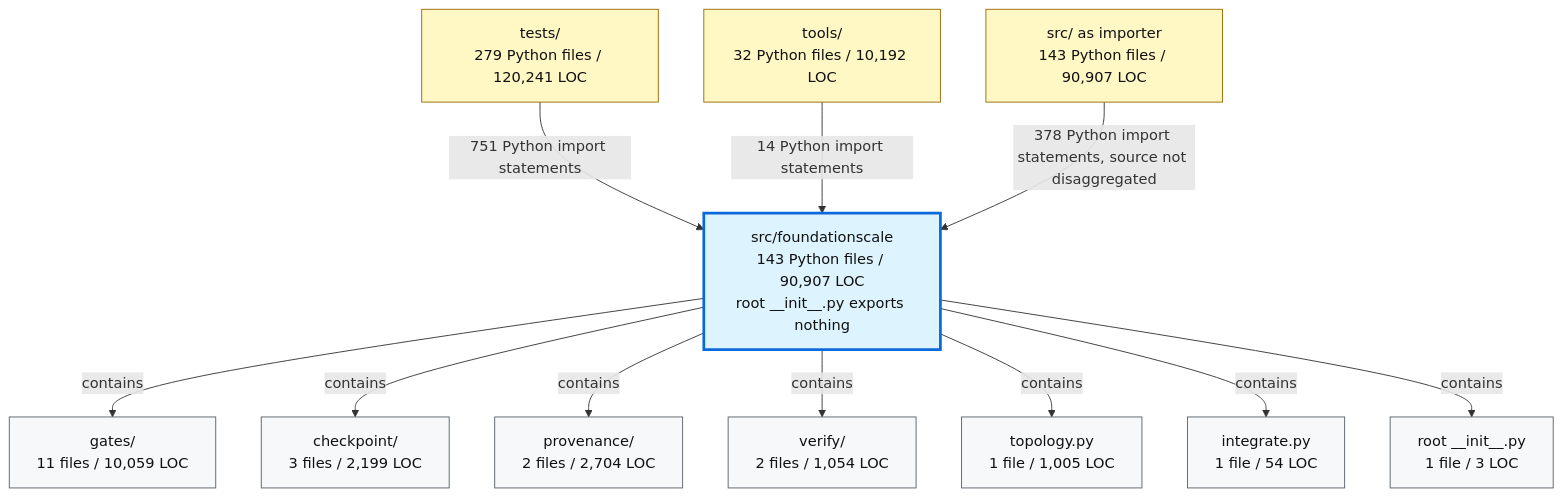
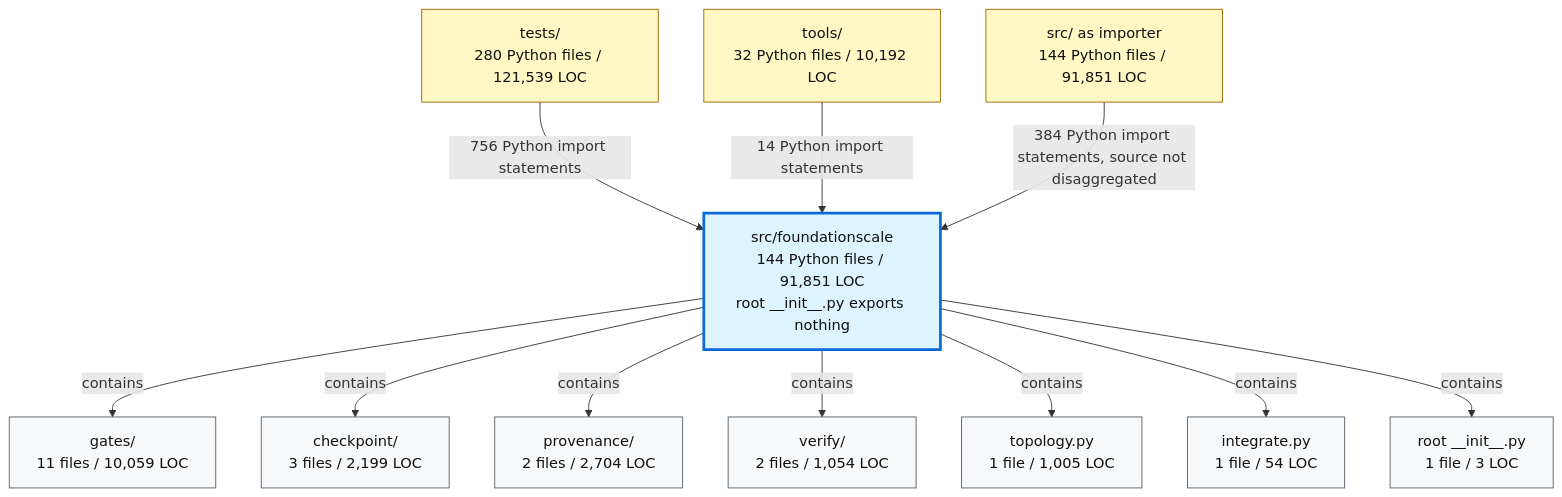
The second of 2 diagrams in docs/review/D2_current_architecture.md (TranNhiem/FoundationScale), drawn with Mermaid before and after one commit. The commit also changed other lines of this file and 13 other files, not shown here.

````diff
--- a/docs/review/D2_current_architecture.md
+++ b/docs/review/D2_current_architecture.md
@@ -97,36 +97,36 @@
 ```mermaid
 flowchart TB
-  TESTS["tests/<br/>279 Python files / 120,241 LOC"]
+  TESTS["tests/<br/>280 Python files / 121,539 LOC"]
   TOOLS["tools/<br/>32 Python files / 10,192 LOC"]
-  SRC["src/ as importer<br/>143 Python files / 90,907 LOC"]
+  SRC["src/ as importer<br/>144 Python files / 91,851 LOC"]
 
-  FS["src/foundationscale<br/>143 Python files / 90,907 LOC<br/>root __init__.py exports nothing"]
+  FS["src/foundationscale<br/>144 Python files / 91,851 LOC<br/>root __init__.py exports nothing"]
 
   GATES["gates/<br/>11 files / 10,059 LOC"]
   CKPT["checkpoint/<br/>3 files / 2,199 LOC"]
   PROV["provenance/<br/>2 files / 2,704 LOC"]
   VERIFY["verify/<br/>2 files / 1,054 LOC"]
   TOPO["topology.py<br/>1 file / 1,005 LOC"]
   INTEG["integrate.py<br/>1 file / 54 LOC"]
   ROOT["root __init__.py<br/>1 file / 3 LOC"]
 
-  TESTS -->|"751 Python import statements"| FS
+  TESTS -->|"756 Python import statements"| FS
   TOOLS -->|"14 Python import statements"| FS
-  SRC -->|"378 Python import statements, source not disaggregated"| FS
+  SRC -->|"384 Python import statements, source not disaggregated"| FS
 
   FS -->|"contains"| GATES
   FS -->|"contains"| CKPT
   FS -->|"contains"| PROV
   FS -->|"contains"| VERIFY
   FS -->|"contains"| TOPO
   FS -->|"contains"| INTEG
   FS -->|"contains"| ROOT
 
   classDef consumer fill:#fff8c5,stroke:#9a6700,color:#111;
   classDef package fill:#ddf4ff,stroke:#0969da,stroke-width:3px,color:#111;
   classDef module fill:#f6f8fa,stroke:#57606a,color:#111;
 
   class TESTS,TOOLS,SRC consumer;
   class FS package;
   class GATES,CKPT,PROV,VERIFY,TOPO,INTEG,ROOT module;
 ```
````
